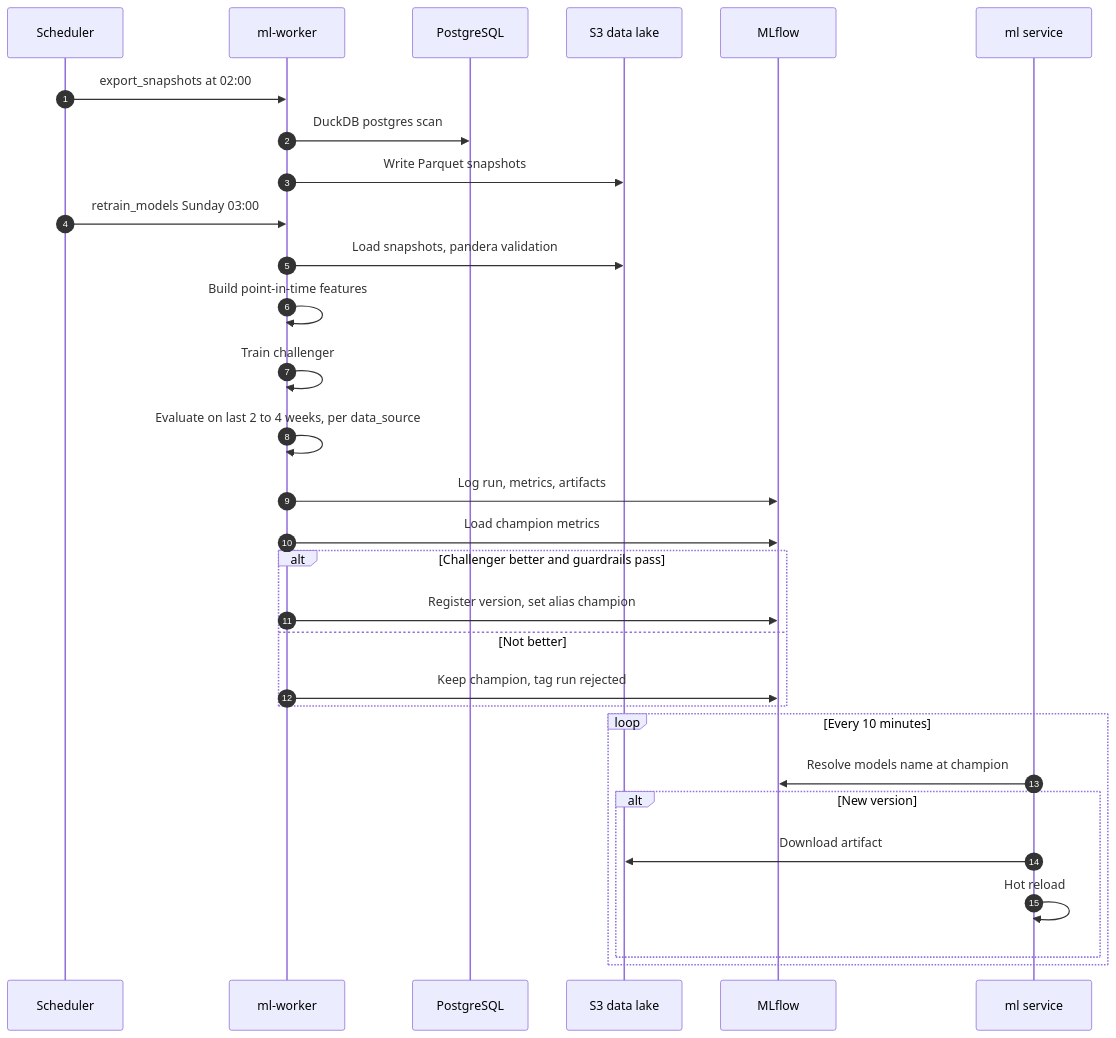
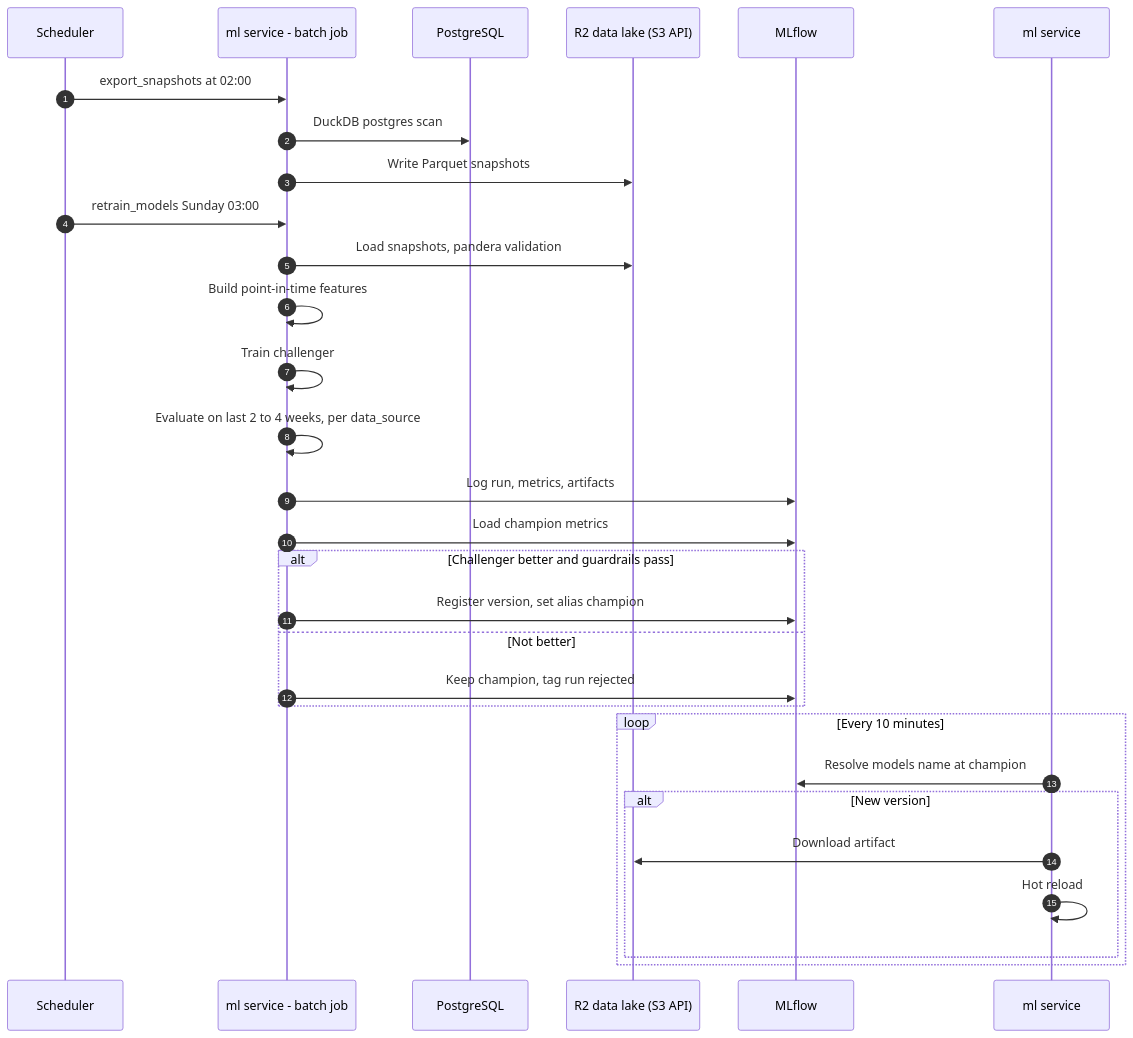
Before and after one commit to prelekar7/GharBasket: diagram 17 of 18 in docs/handbook/07-workflows.md, drawn with Mermaid. The commit also changed other lines of this file and 58 other files, not shown here.

````diff
--- a/docs/handbook/07-workflows.md
+++ b/docs/handbook/07-workflows.md
@@ -638,32 +641,32 @@
 ```mermaid
 sequenceDiagram
     autonumber
     participant SCH as Scheduler
-    participant MW as ml-worker
+    participant MW as ml service - batch job
     participant DB as PostgreSQL
-    participant S3 as S3 data lake
+    participant S3 as R2 data lake (S3 API)
     participant MLF as MLflow
     participant ML as ml service
     SCH->>MW: export_snapshots at 02:00
     MW->>DB: DuckDB postgres scan
     MW->>S3: Write Parquet snapshots
     SCH->>MW: retrain_models Sunday 03:00
     MW->>S3: Load snapshots, pandera validation
     MW->>MW: Build point-in-time features
     MW->>MW: Train challenger
     MW->>MW: Evaluate on last 2 to 4 weeks, per data_source
     MW->>MLF: Log run, metrics, artifacts
     MW->>MLF: Load champion metrics
     alt Challenger better and guardrails pass
         MW->>MLF: Register version, set alias champion
     else Not better
         MW->>MLF: Keep champion, tag run rejected
     end
     loop Every 10 minutes
         ML->>MLF: Resolve models name at champion
         alt New version
             ML->>S3: Download artifact
             ML->>ML: Hot reload
         end
     end
 ```
````
